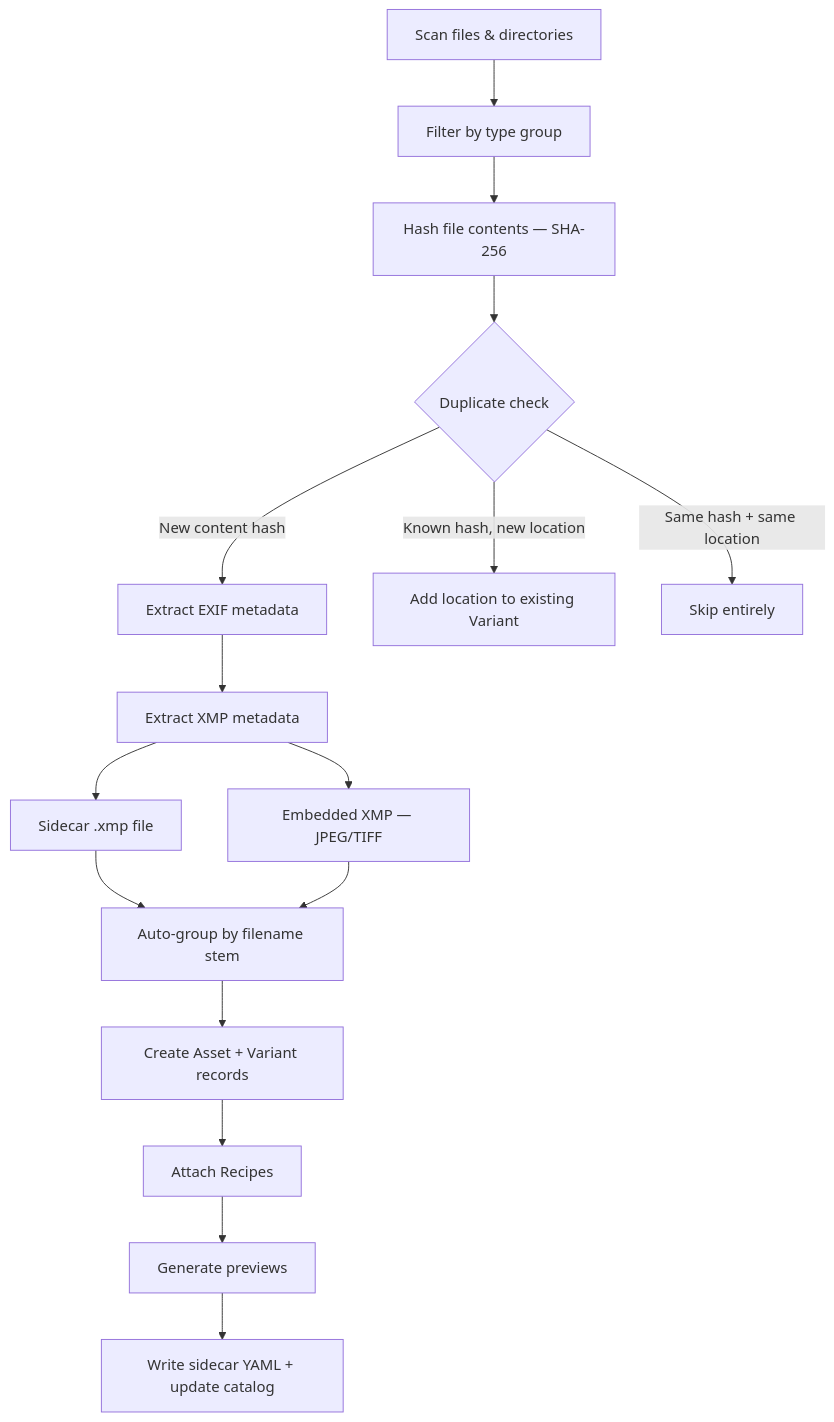
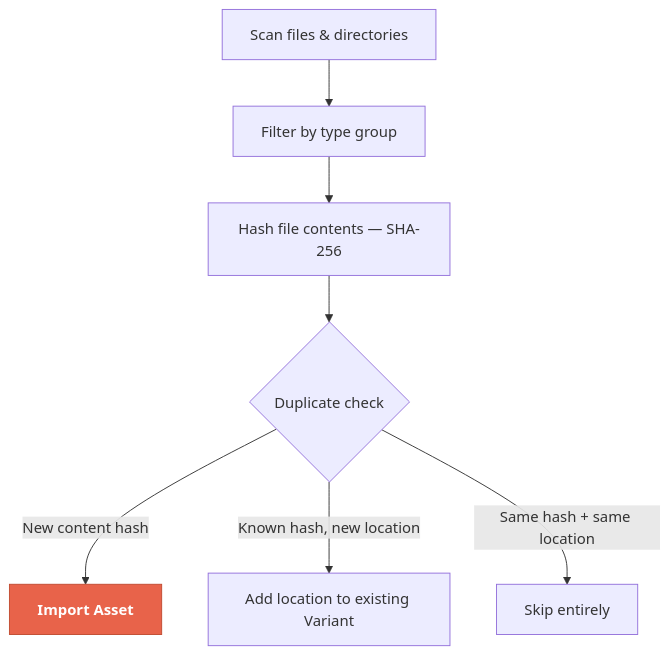
Before and after one commit to thoherr/maki: the first of 2 diagrams in doc/manual/user-guide/03-ingest.md, drawn with Mermaid. The commit also changed other lines of this file and 1 other file, not shown here.

First line of the commit message:
Split import pipeline flowchart for better page flow

````diff
--- a/doc/manual/user-guide/03-ingest.md
+++ b/doc/manual/user-guide/03-ingest.md
@@ -9,18 +9,10 @@
 ```mermaid
 flowchart TD
     A[Scan files & directories] --> B[Filter by type group]
     B --> C[Hash file contents — SHA-256]
     C --> D{Duplicate check}
-    D -->|New content hash| E[Extract EXIF metadata]
+    D -->|New content hash| E[Import Asset]
     D -->|Known hash, new location| K[Add location to existing Variant]
     D -->|Same hash + same location| L[Skip entirely]
-    E --> F[Extract XMP metadata]
-    F --> F1[Sidecar .xmp file]
-    F --> F2[Embedded XMP — JPEG/TIFF]
-    F1 --> G[Auto-group by filename stem]
-    F2 --> G
-    G --> H[Create Asset + Variant records]
-    H --> I[Attach Recipes]
-    I --> J[Generate previews]
-    J --> M[Write sidecar YAML + update catalog]
+    style E fill:#e8634a,stroke:#c04a30,color:#fff,font-weight:bold
 ```
````
